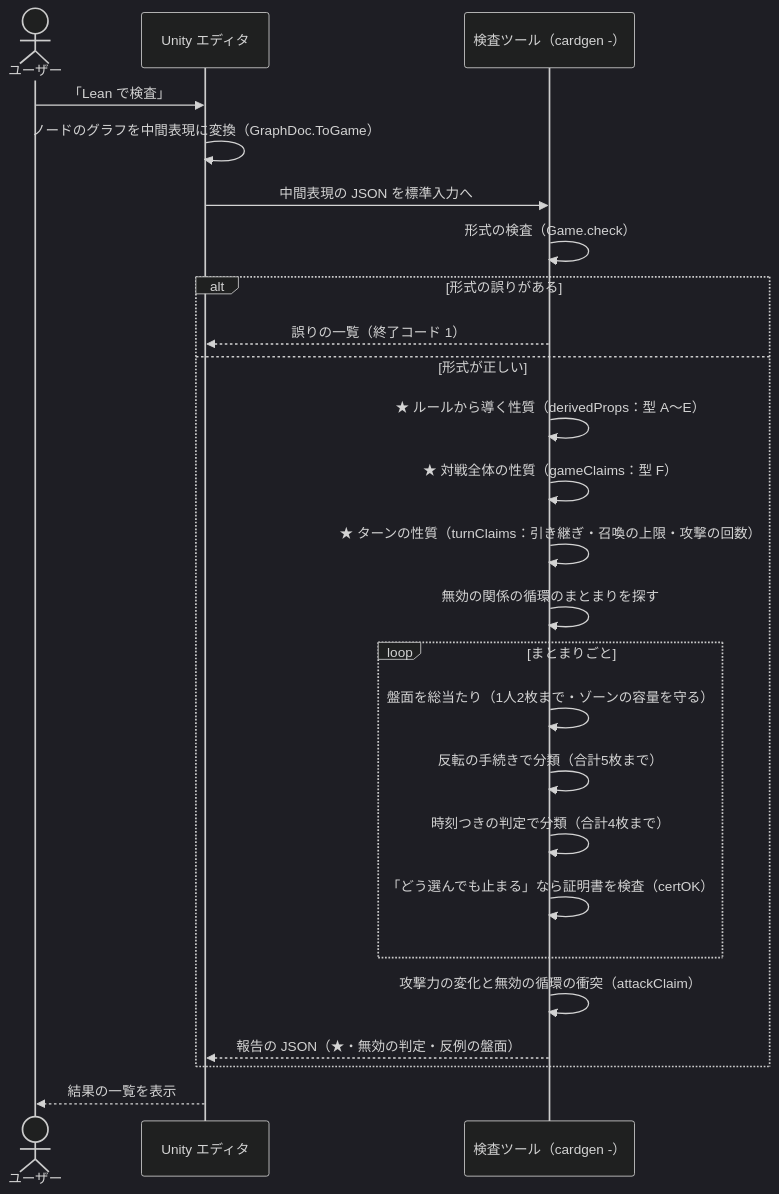
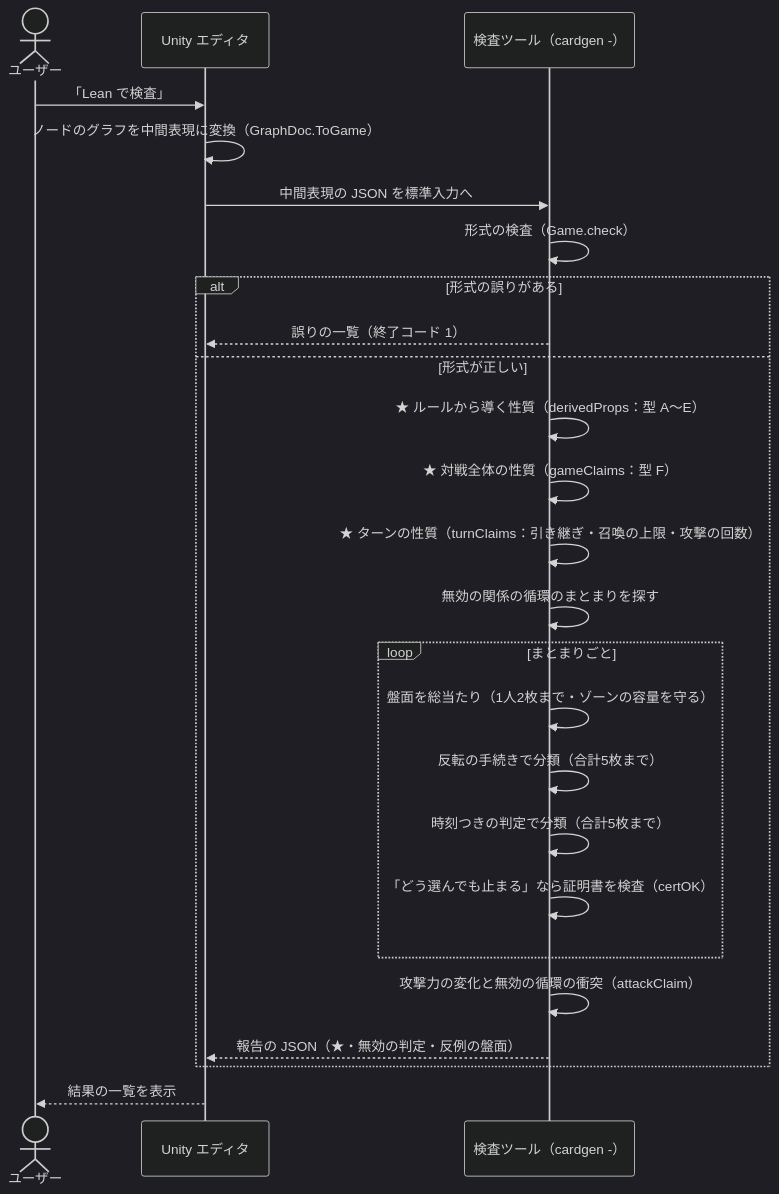
The third of 6 diagrams in アーキテクチャ.md (kotatu0047/yuugi-lean), drawn with Mermaid (dark theme) before and after one commit. The commit also changed 2 other files, not shown here.

Commit message:
時刻つきの無効の判定の総当たりを、合計5枚の盤面まで広げる
無効の関係を盤面ごとに最初に表にしておく（判定の1歩ごとに範囲の指定を調べ直さない）ことで、
5枚まで調べても見本の検査は4.5秒（以前は12秒）。5枚の盤面でも証明書の検査は通る。

````diff
--- a/アーキテクチャ.md
+++ b/アーキテクチャ.md
@@ -97,27 +97,27 @@
 ```mermaid
 sequenceDiagram
   actor U as ユーザー
   participant E as Unity エディタ
   participant C as 検査ツール（cardgen -）
   U->>E: 「Lean で検査」
   E->>E: ノードのグラフを中間表現に変換（GraphDoc.ToGame）
   E->>C: 中間表現の JSON を標準入力へ
   C->>C: 形式の検査（Game.check）
   alt 形式の誤りがある
     C-->>E: 誤りの一覧（終了コード 1）
   else 形式が正しい
     C->>C: ★ ルールから導く性質（derivedProps：型 A〜E）
     C->>C: ★ 対戦全体の性質（gameClaims：型 F）
     C->>C: ★ ターンの性質（turnClaims：引き継ぎ・召喚の上限・攻撃の回数）
     C->>C: 無効の関係の循環のまとまりを探す
     loop まとまりごと
       C->>C: 盤面を総当たり（1人2枚まで・ゾーンの容量を守る）
       C->>C: 反転の手続きで分類（合計5枚まで）
-      C->>C: 時刻つきの判定で分類（合計4枚まで）
+      C->>C: 時刻つきの判定で分類（合計5枚まで）
       C->>C: 「どう選んでも止まる」なら証明書を検査（certOK）
     end
     C->>C: 攻撃力の変化と無効の循環の衝突（attackClaim）
     C-->>E: 報告の JSON（★・無効の判定・反例の盤面）
   end
   E-->>U: 結果の一覧を表示
 ```
````
